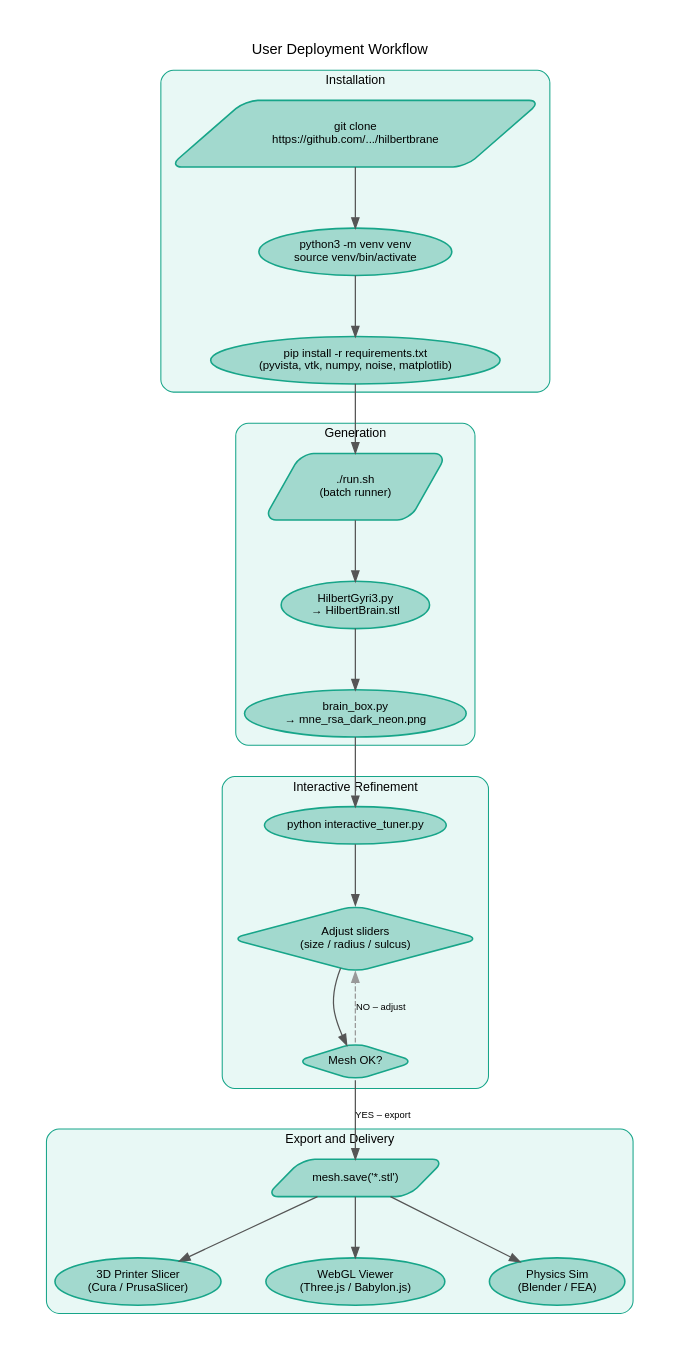
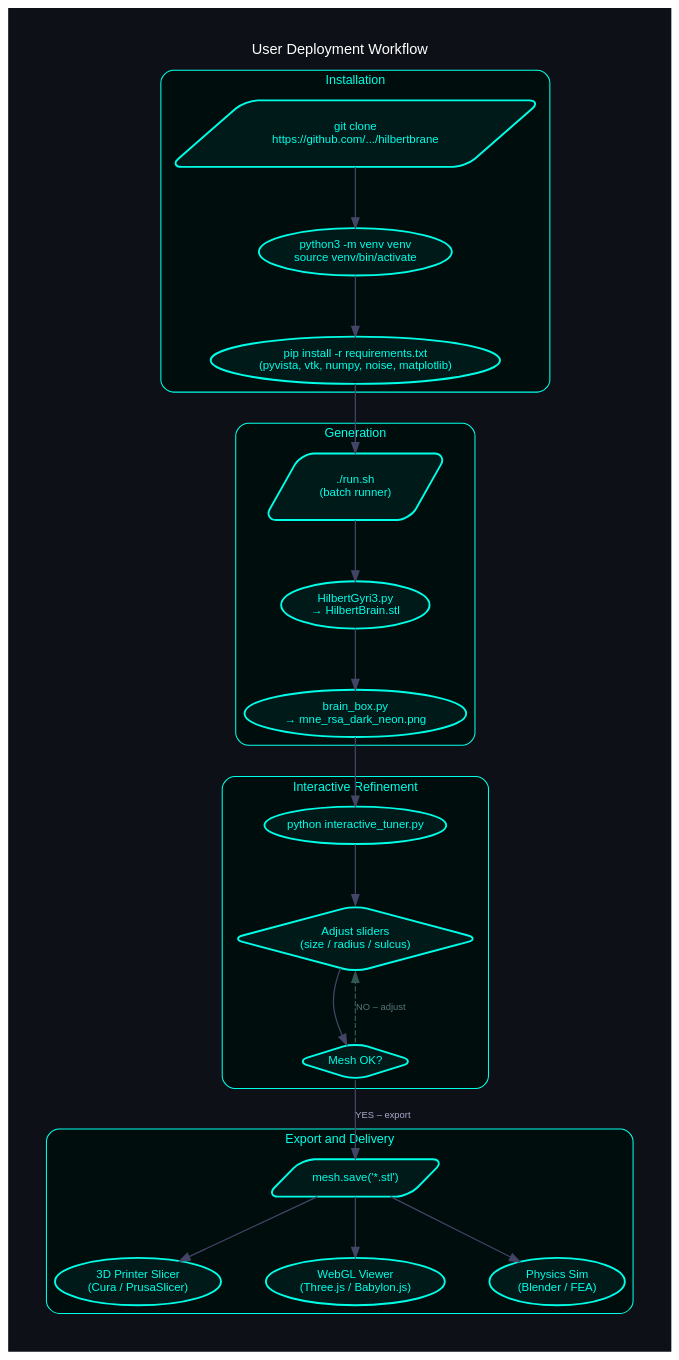
Before and after one commit to danindiana/hilbertbrane: the diagram in docs/diagrams_25/20_deployment.dot, drawn with Graphviz. The commit also changed 78 other files, not shown here.

First line of the commit message:
Add dark/neon theme, demo GIF, and GitHub Pages gallery

```diff
--- a/docs/diagrams_25/20_deployment.dot
+++ b/docs/diagrams_25/20_deployment.dot
@@ -1,68 +1,69 @@
 digraph G {
     graph [
         fontname="Helvetica,Arial,sans-serif"
-        bgcolor="#ffffff"
+        bgcolor="#0d1117"
+        fontcolor="white"
         splines=spline
         nodesep=0.6
         ranksep=0.8
         pad=0.4
         labelloc="t"
         labeljust="c"
         fontsize=14
     ]
-    node [fontname="Helvetica,Arial,sans-serif" fontsize=11 style="filled,rounded" penwidth=1.5]
-    edge [fontname="Helvetica,Arial,sans-serif" fontsize=9 color="#555555" penwidth=1.2]
+    node [fontname="Helvetica,Arial,sans-serif" fontsize=11 style="filled,rounded" penwidth=1.8 fontcolor="white"]
+    edge [fontname="Helvetica,Arial,sans-serif" fontsize=9 color="#444466" penwidth=1.2 fontcolor="#aaaacc"]
     graph [label="User Deployment Workflow" rankdir="TB"]
 
     subgraph cluster_install {
         label="Installation"
-        style="filled,rounded" fillcolor="#E8F8F5" color="#17A589" fontsize=12
-        fontname="Helvetica,Arial,sans-serif"
+        style="filled,rounded" fillcolor="#000d0d" color="#00ffe7" fontsize=12
+        fontname="Helvetica,Arial,sans-serif" fontcolor="#00ffe7"
 
-        i1 [label="git clone\nhttps://github.com/.../hilbertbrane" shape=parallelogram fillcolor="#A2D9CE" color="#17A589"]
-        i2 [label="python3 -m venv venv\nsource venv/bin/activate" fillcolor="#A2D9CE" color="#17A589"]
-        i3 [label="pip install -r requirements.txt\n(pyvista, vtk, numpy, noise, matplotlib)" fillcolor="#A2D9CE" color="#17A589"]
+        i1 [label="git clone\nhttps://github.com/.../hilbertbrane" shape=parallelogram fillcolor="#001a1a" color="#00ffe7" fontcolor="#00ffe7"]
+        i2 [label="python3 -m venv venv\nsource venv/bin/activate" fillcolor="#001a1a" color="#00ffe7" fontcolor="#00ffe7"]
+        i3 [label="pip install -r requirements.txt\n(pyvista, vtk, numpy, noise, matplotlib)" fillcolor="#001a1a" color="#00ffe7" fontcolor="#00ffe7"]
         i1 -> i2 -> i3
     }
 
     subgraph cluster_gen {
         label="Generation"
-        style="filled,rounded" fillcolor="#E8F8F5" color="#17A589" fontsize=12
-        fontname="Helvetica,Arial,sans-serif"
+        style="filled,rounded" fillcolor="#000d0d" color="#00ffe7" fontsize=12
+        fontname="Helvetica,Arial,sans-serif" fontcolor="#00ffe7"
 
-        g1 [label="./run.sh\n(batch runner)" shape=parallelogram fillcolor="#A2D9CE" color="#17A589"]
-        g2 [label="HilbertGyri3.py\n→ HilbertBrain.stl" fillcolor="#A2D9CE" color="#17A589"]
-        g3 [label="brain_box.py\n→ mne_rsa_dark_neon.png" fillcolor="#A2D9CE" color="#17A589"]
+        g1 [label="./run.sh\n(batch runner)" shape=parallelogram fillcolor="#001a1a" color="#00ffe7" fontcolor="#00ffe7"]
+        g2 [label="HilbertGyri3.py\n→ HilbertBrain.stl" fillcolor="#001a1a" color="#00ffe7" fontcolor="#00ffe7"]
+        g3 [label="brain_box.py\n→ mne_rsa_dark_neon.png" fillcolor="#001a1a" color="#00ffe7" fontcolor="#00ffe7"]
         g1 -> g2 -> g3
     }
 
     subgraph cluster_tune {
         label="Interactive Refinement"
-        style="filled,rounded" fillcolor="#E8F8F5" color="#17A589" fontsize=12
-        fontname="Helvetica,Arial,sans-serif"
+        style="filled,rounded" fillcolor="#000d0d" color="#00ffe7" fontsize=12
+        fontname="Helvetica,Arial,sans-serif" fontcolor="#00ffe7"
 
-        t1 [label="python interactive_tuner.py" fillcolor="#A2D9CE" color="#17A589"]
-        t2 [label="Adjust sliders\n(size / radius / sulcus)" shape=diamond fillcolor="#A2D9CE" color="#17A589"]
-        t3 [label="Mesh OK?" shape=diamond fillcolor="#A2D9CE" color="#17A589"]
+        t1 [label="python interactive_tuner.py" fillcolor="#001a1a" color="#00ffe7" fontcolor="#00ffe7"]
+        t2 [label="Adjust sliders\n(size / radius / sulcus)" shape=diamond fillcolor="#001a1a" color="#00ffe7" fontcolor="#00ffe7"]
+        t3 [label="Mesh OK?" shape=diamond fillcolor="#001a1a" color="#00ffe7" fontcolor="#00ffe7"]
         t1 -> t2 -> t3
-        t3 -> t2 [label="NO – adjust" style=dashed color="#999999"]
+        t3 -> t2 [label="NO – adjust" style=dashed color="#335555" fontcolor="#557777"]
     }
 
     subgraph cluster_export {
         label="Export and Delivery"
-        style="filled,rounded" fillcolor="#E8F8F5" color="#17A589" fontsize=12
-        fontname="Helvetica,Arial,sans-serif"
+        style="filled,rounded" fillcolor="#000d0d" color="#00ffe7" fontsize=12
+        fontname="Helvetica,Arial,sans-serif" fontcolor="#00ffe7"
 
-        e1 [label="mesh.save('*.stl')" shape=parallelogram fillcolor="#A2D9CE" color="#17A589"]
-        e2 [label="3D Printer Slicer\n(Cura / PrusaSlicer)" fillcolor="#A2D9CE" color="#17A589"]
-        e3 [label="WebGL Viewer\n(Three.js / Babylon.js)" fillcolor="#A2D9CE" color="#17A589"]
-        e4 [label="Physics Sim\n(Blender / FEA)" fillcolor="#A2D9CE" color="#17A589"]
+        e1 [label="mesh.save('*.stl')" shape=parallelogram fillcolor="#001a1a" color="#00ffe7" fontcolor="#00ffe7"]
+        e2 [label="3D Printer Slicer\n(Cura / PrusaSlicer)" fillcolor="#001a1a" color="#00ffe7" fontcolor="#00ffe7"]
+        e3 [label="WebGL Viewer\n(Three.js / Babylon.js)" fillcolor="#001a1a" color="#00ffe7" fontcolor="#00ffe7"]
+        e4 [label="Physics Sim\n(Blender / FEA)" fillcolor="#001a1a" color="#00ffe7" fontcolor="#00ffe7"]
         e1 -> e2
         e1 -> e3
         e1 -> e4
     }
 
     i3 -> g1
     g3 -> t1
     t3 -> e1 [label="YES – export"]
 }
```
